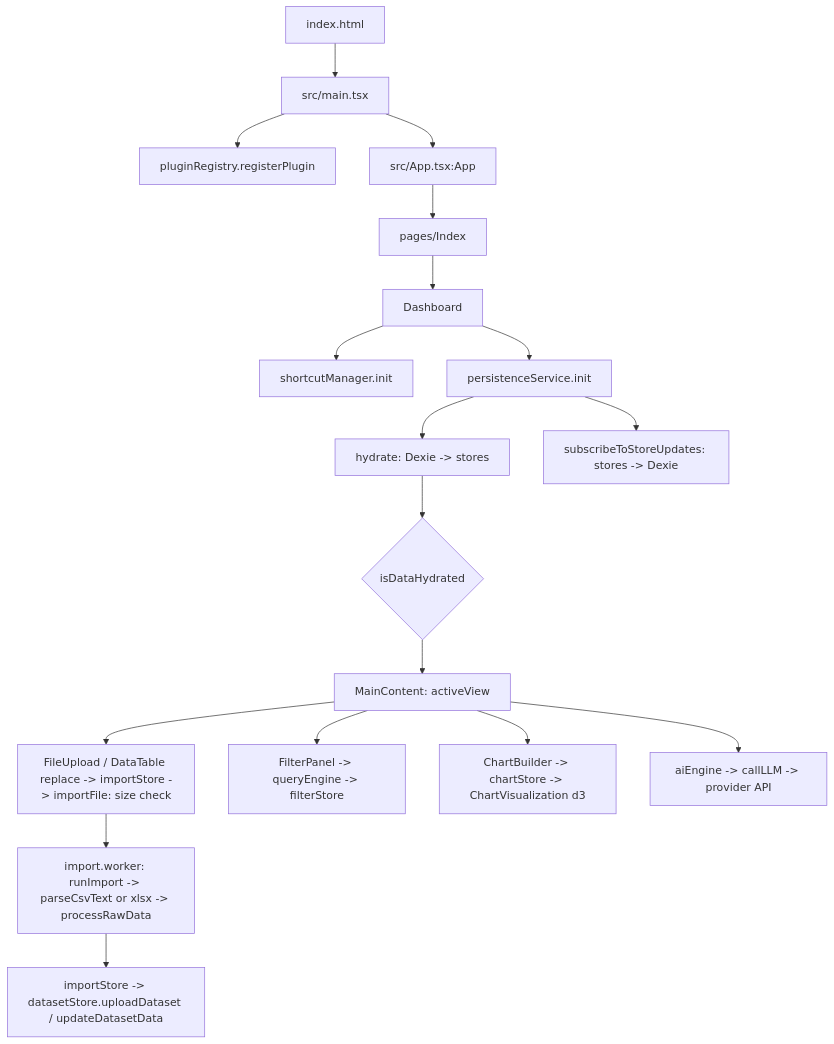
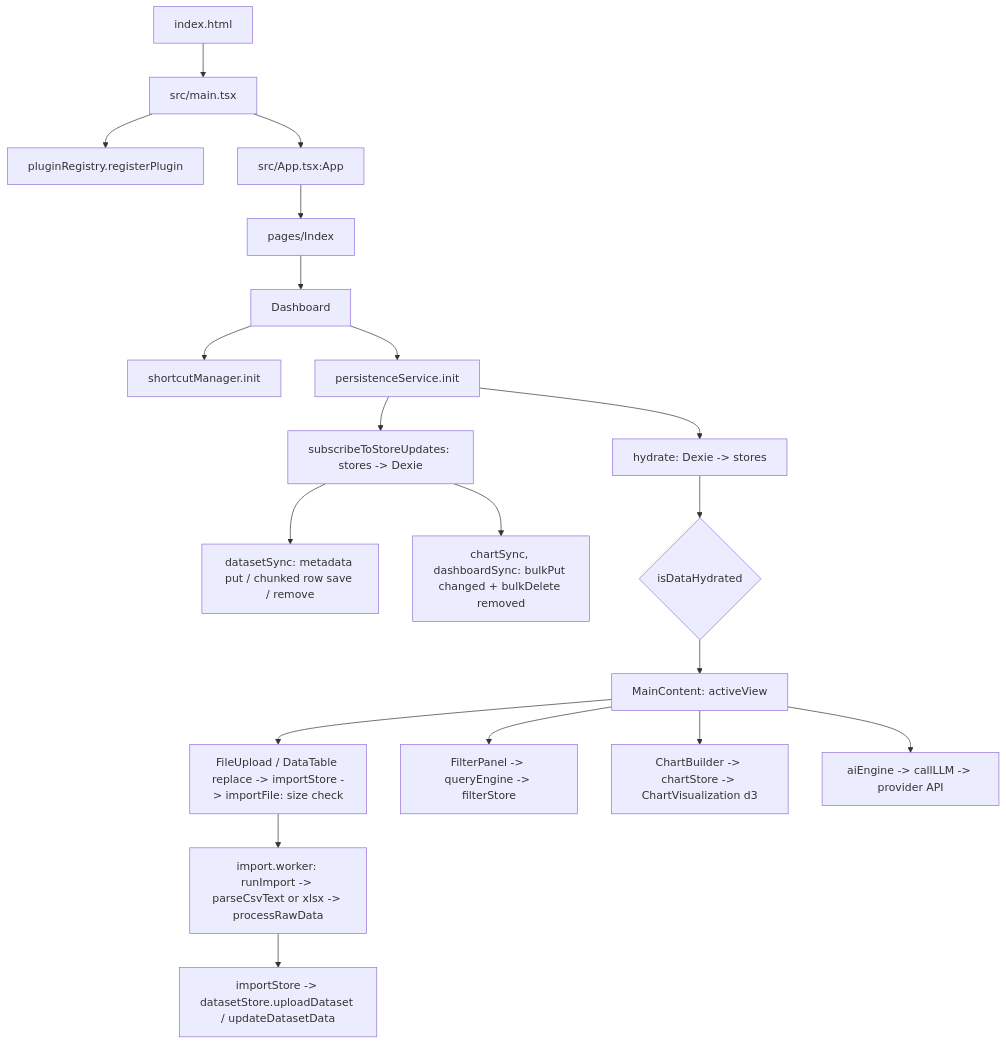
The diagram in flow.md (vardaanbazaz/datavista), drawn with Mermaid before and after one commit. The commit also changed other lines of this file and 27 other files, not shown here.

Commit message:
perf(persistence): split dataset rows from metadata (Dexie v2 + migration), write only what changed, charts no longer store rows, chunked atomic row saves with debounce, storage-full message

````diff
--- a/flow.md
+++ b/flow.md
@@ -42,19 +49,21 @@
 ```mermaid
 flowchart TD
   HTML[index.html] --> Main[src/main.tsx]
   Main --> Plugins[pluginRegistry.registerPlugin]
   Main --> App[src/App.tsx:App]
   App --> Index[pages/Index] --> Dash[Dashboard]
   Dash --> Shortcuts[shortcutManager.init]
   Dash --> Persist[persistenceService.init]
   Persist --> Hydrate[hydrate: Dexie -> stores]
   Persist --> Sub[subscribeToStoreUpdates: stores -> Dexie]
+  Sub --> DSync[datasetSync: metadata put / chunked row save / remove]
+  Sub --> RSync[chartSync, dashboardSync: bulkPut changed + bulkDelete removed]
   Hydrate --> Ready{isDataHydrated}
   Ready --> Content[MainContent: activeView]
   Content --> Upload[FileUpload / DataTable replace -> importStore -> importFile: size check]
   Upload --> Worker[import.worker: runImport -> parseCsvText or xlsx -> processRawData]
   Worker --> Save[importStore -> datasetStore.uploadDataset / updateDatasetData]
   Content --> Filter[FilterPanel -> queryEngine -> filterStore]
   Content --> Charts[ChartBuilder -> chartStore -> ChartVisualization d3]
   Content --> AI[aiEngine -> callLLM -> provider API]
 ```
````
